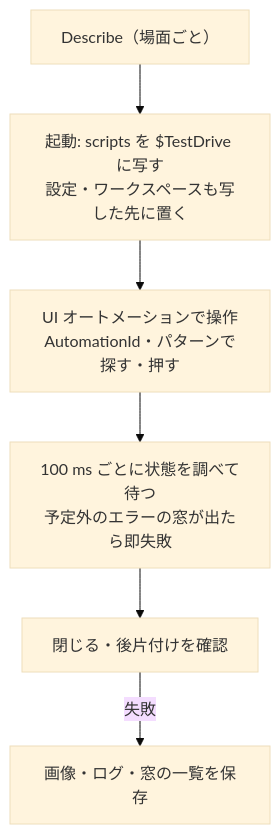
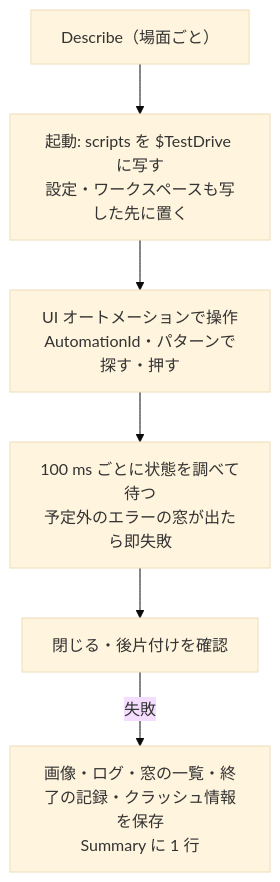
Before and after one commit to hsgwa/tebunko: the diagram in docs/design/testing/gui-smoke.md, drawn with Mermaid (base theme). The commit also changed other lines of this file and 12 other files, not shown here.

````diff
--- a/docs/design/testing/gui-smoke.md
+++ b/docs/design/testing/gui-smoke.md
@@ -24,8 +25,8 @@
 ```mermaid
 flowchart TD
     S["Describe（場面ごと）"] --> L["起動: scripts を $TestDrive に写す<br>設定・ワークスペースも写した先に置く"]
     L --> A["UI オートメーションで操作<br>AutomationId・パターンで探す・押す"]
     A --> W["100 ms ごとに状態を調べて待つ<br>予定外のエラーの窓が出たら即失敗"]
     W --> C["閉じる・後片付けを確認"]
-    C -- 失敗 --> F["画像・ログ・窓の一覧を保存"]
+    C -- 失敗 --> F["画像・ログ・窓の一覧・終了の記録・クラッシュ情報を保存<br>Summary に 1 行"]
 ```
````
